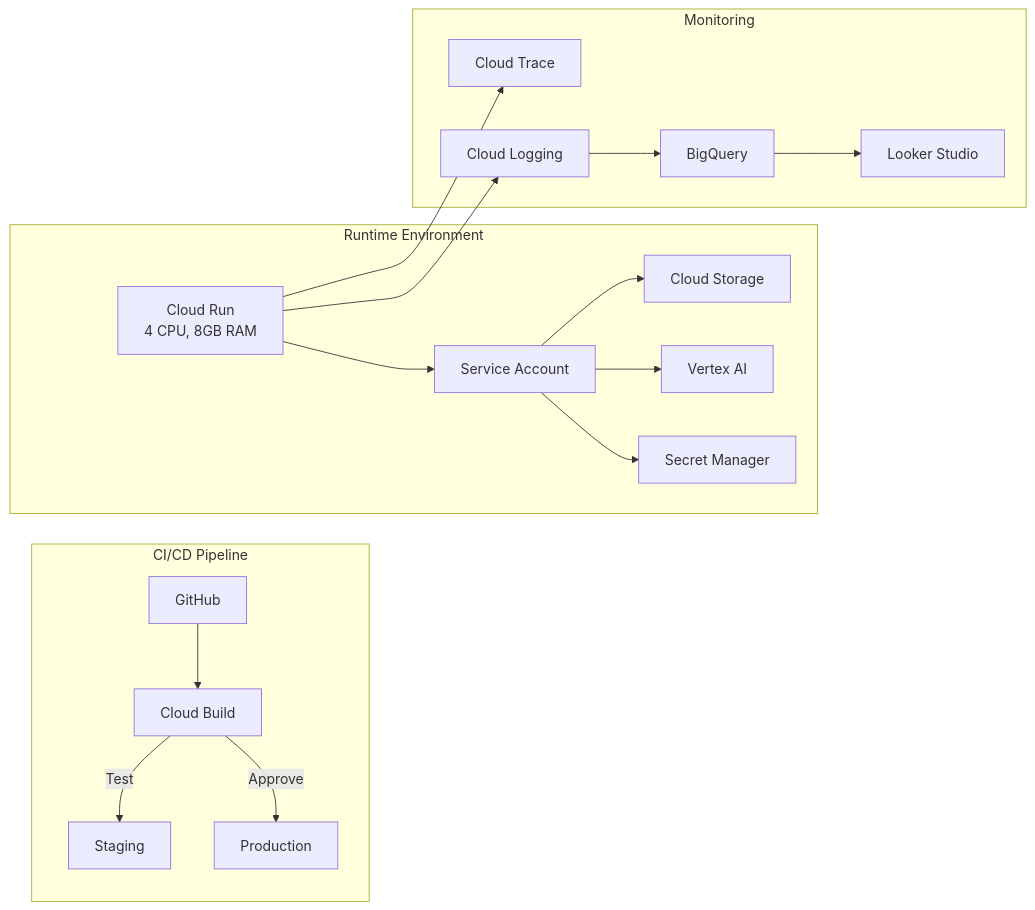
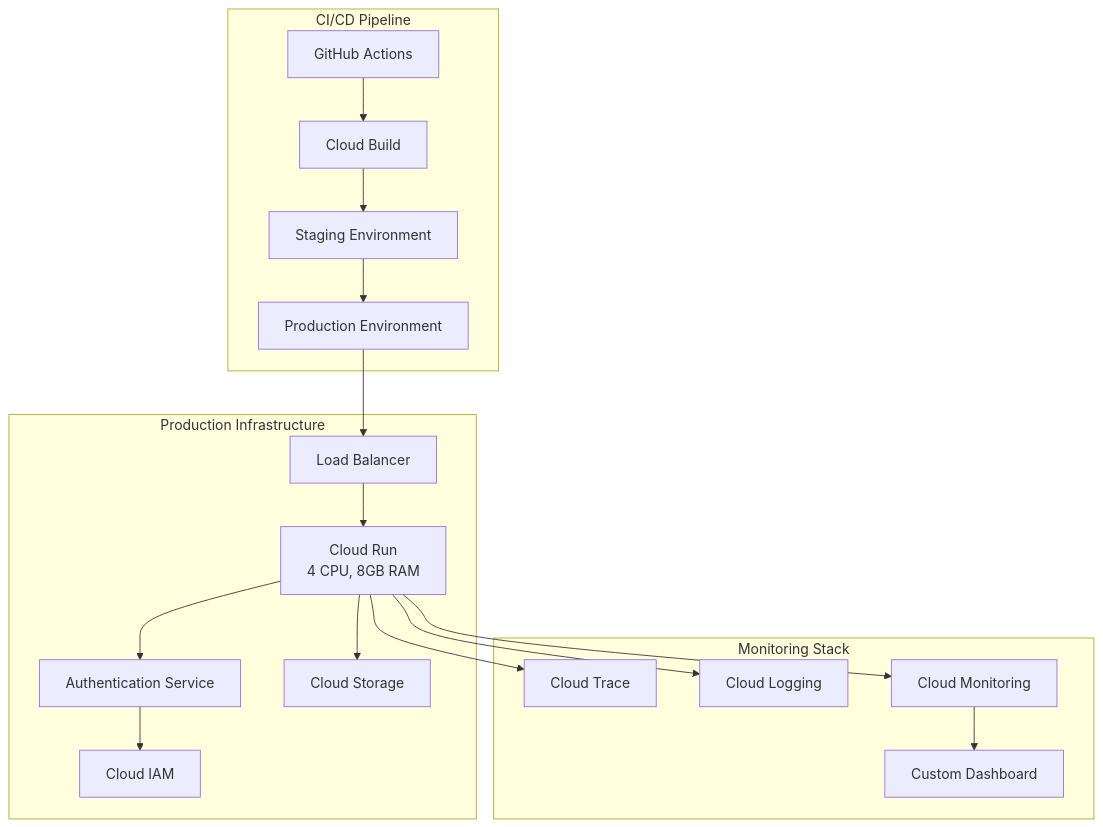
The fourth of 4 diagrams in README.md (NickB03/vana), drawn with Mermaid before and after one commit. The commit also changed other lines of this file and 6 other files, not shown here.

````diff
--- a/README.md
+++ b/README.md
@@ -401,23 +557,39 @@
 ```mermaid
-graph LR
+graph TB
     subgraph "CI/CD Pipeline"
-        GH[GitHub] --> CB[Cloud Build]
-        CB --> |Test| ST[Staging]
-        CB --> |Approve| PR[Production]
+        GH[GitHub Actions]
+        CB[Cloud Build]
+        STAGE[Staging Environment]
+        PROD[Production Environment]
     end
     
-    subgraph "Runtime Environment"
+    subgraph "Production Infrastructure"
+        LB[Load Balancer]
         CR[Cloud Run<br/>4 CPU, 8GB RAM]
-        CR --> SA[Service Account]
-        SA --> GCS[Cloud Storage]
-        SA --> VA[Vertex AI]
-        SA --> SE[Secret Manager]
+        AUTH_SVC[Authentication Service]
+        GCS[Cloud Storage]
+        IAM[Cloud IAM]
     end
     
-    subgraph "Monitoring"
-        CR --> CT[Cloud Trace]
-        CR --> CL[Cloud Logging]
-        CL --> BQ[BigQuery]
-        BQ --> LS[Looker Studio]
+    subgraph "Monitoring Stack"
+        TRACE[Cloud Trace]
+        LOG[Cloud Logging]  
+        METRICS[Cloud Monitoring]
+        DASH[Custom Dashboard]
     end
+    
+    GH --> CB
+    CB --> STAGE
+    STAGE --> PROD
+    
+    PROD --> LB
+    LB --> CR
+    CR --> AUTH_SVC
+    CR --> GCS
+    AUTH_SVC --> IAM
+    
+    CR --> TRACE
+    CR --> LOG
+    CR --> METRICS
+    METRICS --> DASH
 ```
````
